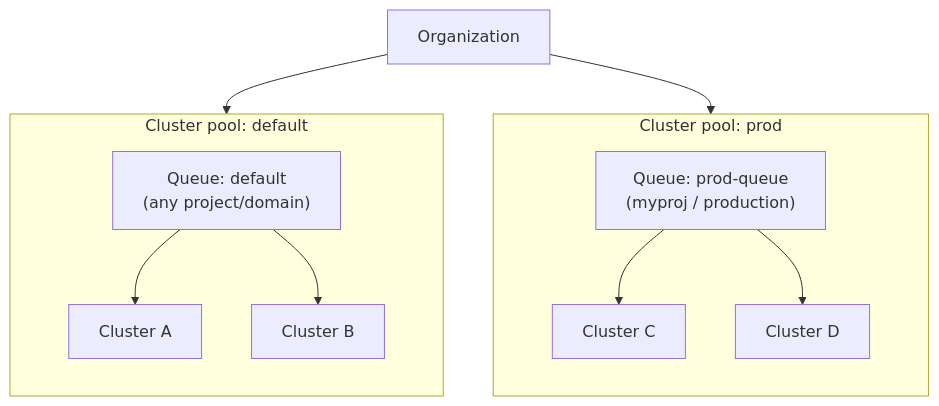
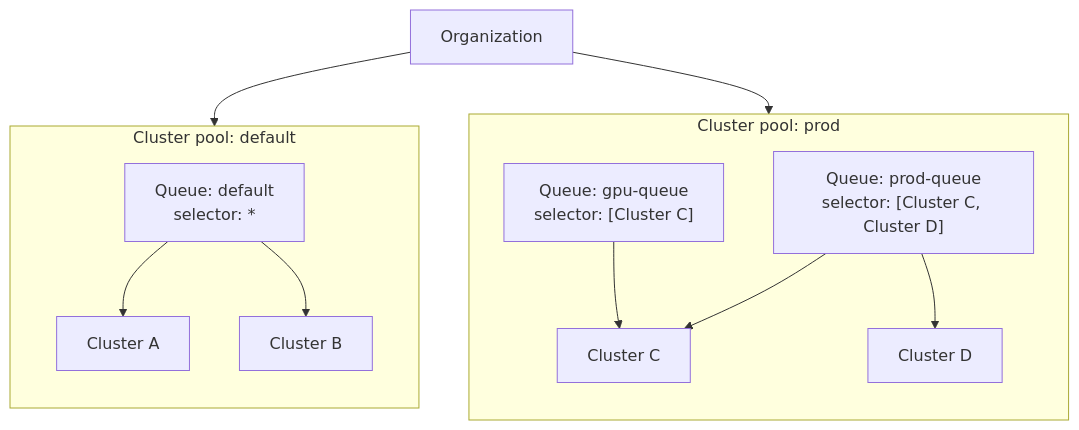
The diagram in content/user-guide/cluster-workload-management/_index.md (unionai/unionai-docs), drawn with Mermaid before and after one commit. The commit also changed other lines of this file and 11 other files, not shown here.

````diff
--- a/content/user-guide/cluster-workload-management/_index.md
+++ b/content/user-guide/cluster-workload-management/_index.md
@@ -49,24 +52,26 @@
 ```mermaid
 flowchart TD
     Org["Organization"]
     Org --> PD
     Org --> PP
 
     subgraph PD["Cluster pool: default"]
         direction TB
-        QD["Queue: default<br/>(any project/domain)"]
+        QD["Queue: default<br/>selector: *"]
         CA["Cluster A"]
         CB["Cluster B"]
         QD --> CA
         QD --> CB
     end
 
     subgraph PP["Cluster pool: prod"]
         direction TB
-        QP["Queue: prod-queue<br/>(myproj / production)"]
+        QP["Queue: prod-queue<br/>selector: [Cluster C, Cluster D]"]
+        QG["Queue: gpu-queue<br/>selector: [Cluster C]"]
         CC["Cluster C"]
         CD["Cluster D"]
         QP --> CC
         QP --> CD
+        QG --> CC
     end
 ```
````
